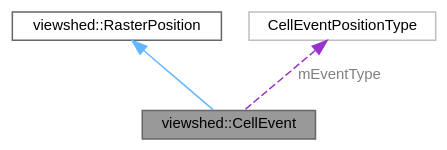
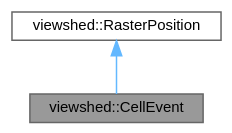
The diagram in classviewshed_1_1CellEvent__coll__graph.dot (JanCaha/cpp-viewshed-library), drawn with Graphviz before and after one commit. The commit also changed 432 other files, not shown here.

```diff
--- a/classviewshed_1_1CellEvent__coll__graph.dot
+++ b/classviewshed_1_1CellEvent__coll__graph.dot
@@ -1,12 +1,10 @@
 digraph "viewshed::CellEvent"
 {
  // LATEX_PDF_SIZE
   bgcolor="transparent";
   edge [fontname=Helvetica,fontsize=10,labelfontname=Helvetica,labelfontsize=10];
   node [fontname=Helvetica,fontsize=10,shape=box,height=0.2,width=0.4];
   Node1 [id="Node000001",label="viewshed::CellEvent",height=0.2,width=0.4,color="gray40", fillcolor="grey60", style="filled", fontcolor="black",tooltip="Class representing cell events for Van Kreveld's plane sweep algorithm. Stores cell position (row and..."];
   Node2 -> Node1 [id="edge1_Node000001_Node000002",dir="back",color="steelblue1",style="solid",tooltip=" "];
   Node2 [id="Node000002",label="viewshed::RasterPosition",height=0.2,width=0.4,color="gray40", fillcolor="white", style="filled",URL="$classviewshed_1_1RasterPosition.html",tooltip="Class to represent position on raster in term of row and column."];
-  Node3 -> Node1 [id="edge2_Node000001_Node000003",dir="back",color="darkorchid3",style="dashed",tooltip=" ",label=" mEventType",fontcolor="grey" ];
-  Node3 [id="Node000003",label="CellEventPositionType",height=0.2,width=0.4,color="grey75", fillcolor="white", style="filled",tooltip=" "];
 }
```
